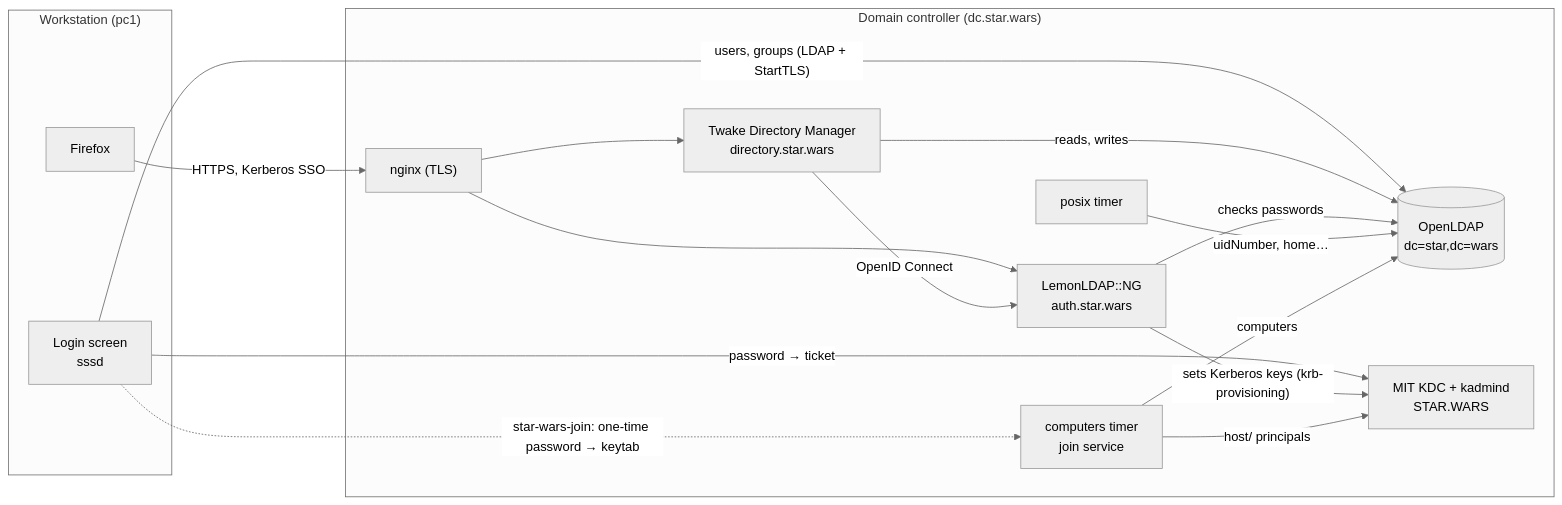
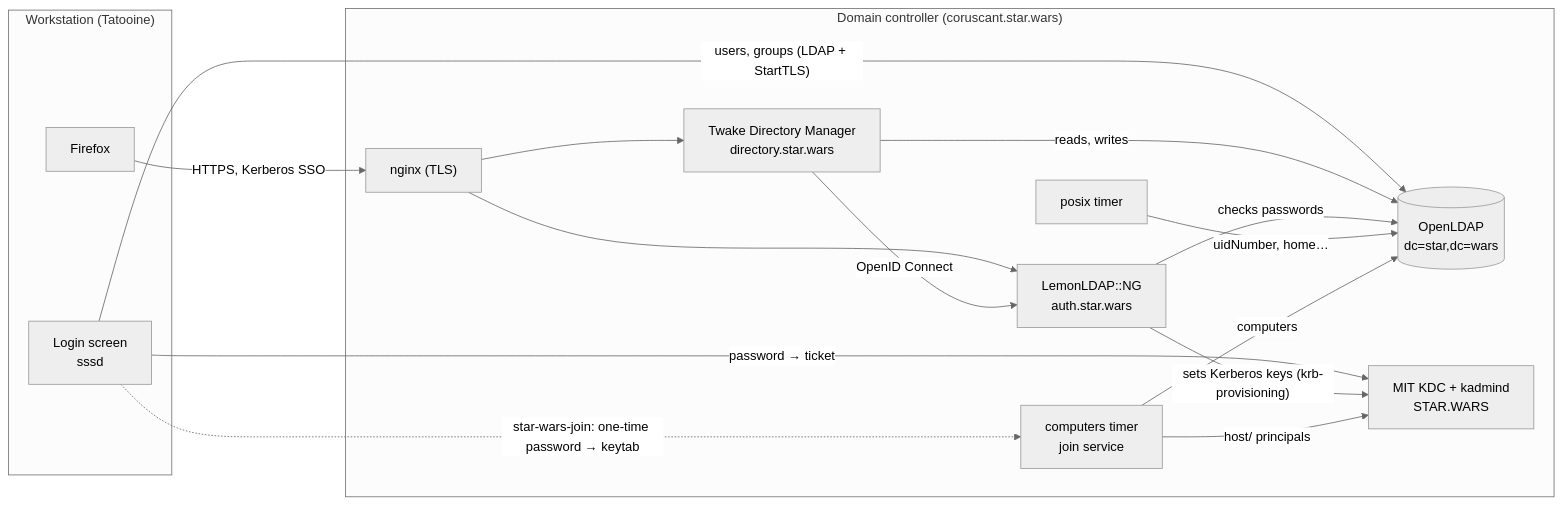
Before and after one commit to linagora/krb-demo: the diagram in README.md, drawn with Mermaid (neutral theme). The commit also changed other lines of this file and 12 other files, not shown here.

First line of the commit message:
Name the machines after planets: Coruscant and Tatooine

````diff
--- a/README.md
+++ b/README.md
@@ -19,29 +19,29 @@
 ```mermaid
 flowchart LR
-  subgraph pc["Workstation (pc1)"]
+  subgraph pc["Workstation (Tatooine)"]
     login["Login screen<br/>sssd"]
     ff["Firefox"]
   end
-  subgraph dc["Domain controller (dc.star.wars)"]
+  subgraph coruscant["Domain controller (coruscant.star.wars)"]
     nginx["nginx (TLS)"]
     llng["LemonLDAP::NG<br/>auth.star.wars"]
     tdm["Twake Directory Manager<br/>directory.star.wars"]
     slapd[("OpenLDAP<br/>dc=star,dc=wars")]
     kdc["MIT KDC + kadmind<br/>STAR.WARS"]
     posix["posix timer"]
     comp["computers timer<br/>join service"]
   end
   login -- "users, groups (LDAP + StartTLS)" --> slapd
   login -- "password → ticket" --> kdc
   ff -- "HTTPS, Kerberos SSO" --> nginx
   nginx --> llng
   nginx --> tdm
   tdm -- "OpenID Connect" --> llng
   tdm -- "reads, writes" --> slapd
   llng -- "checks passwords" --> slapd
   llng -- "sets Kerberos keys (krb-provisioning)" --> kdc
   posix -- "uidNumber, home…" --> slapd
   comp -- "computers" --> slapd
   comp -- "host/ principals" --> kdc
   login -. "star-wars-join: one-time password → keytab" .-> comp
 ```
````
